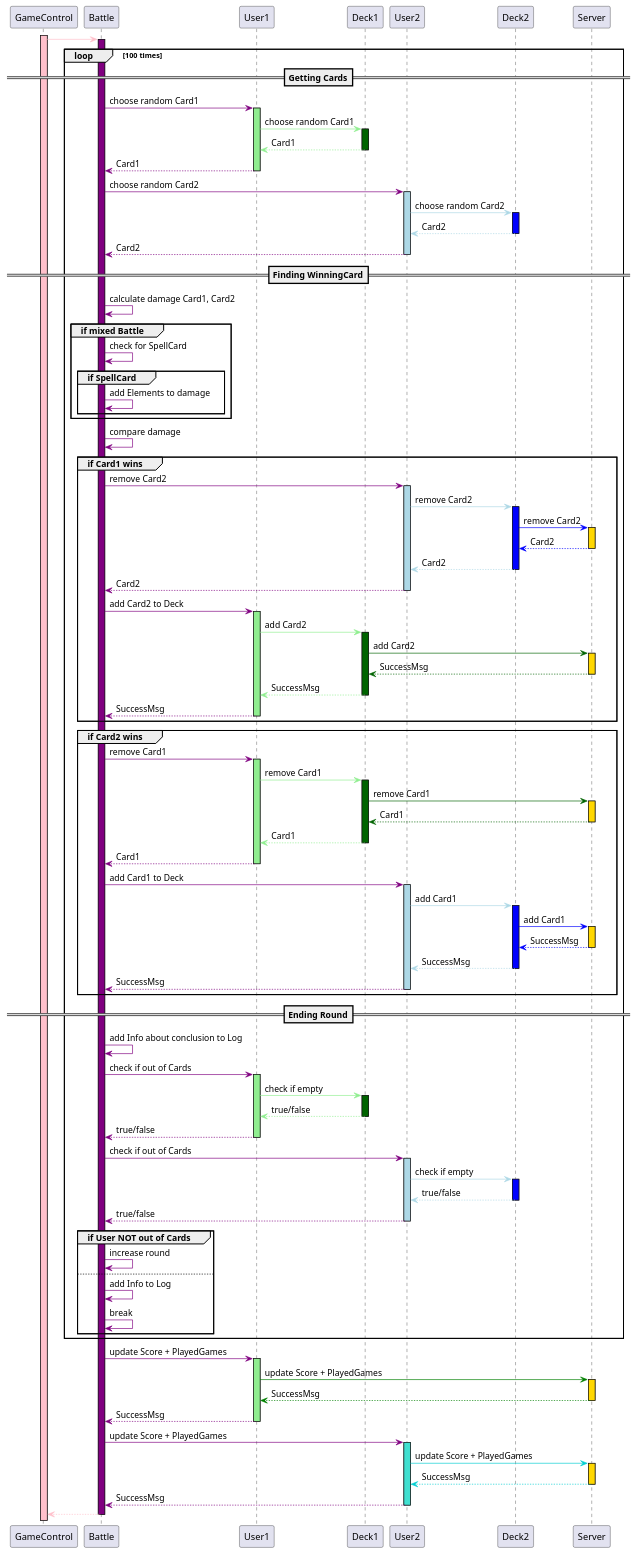
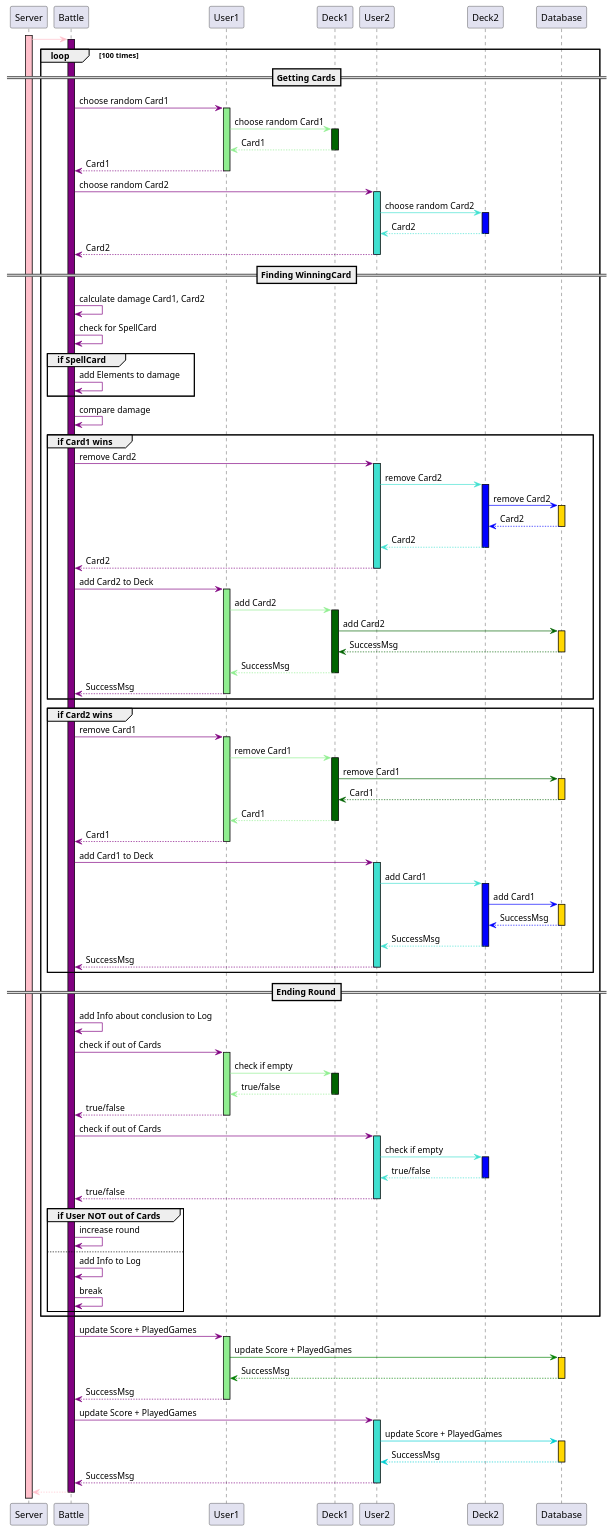
The diagram in Monster-Trading-Card-Game/Diagrams/sequencediagram-battle.puml (marlis-t/MonsterTradingCardGame), drawn with PlantUML before and after one commit. The commit also changed 12 other files, not shown here.

```diff
--- a/Monster-Trading-Card-Game/Diagrams/sequencediagram-battle.puml
+++ b/Monster-Trading-Card-Game/Diagrams/sequencediagram-battle.puml
@@ -1,113 +1,112 @@
 @startuml
 'https://plantuml.com/sequence-diagram
-Activate GameControl #pink
-GameControl-[#pink]>Battle
+Activate Server #pink
+Server-[#pink]>Battle
 Activate Battle #purple
 loop 100 times
 
     ==Getting Cards==
 
     Battle-[#purple]>User1: choose random Card1
     Activate User1 #lightgreen
     User1-[#lightgreen]>Deck1:choose random Card1
     Activate Deck1 #darkgreen
     return Card1
     return Card1
     Battle-[#purple]>User2: choose random Card2
-    Activate User2 #lightblue
-    User2-[#lightblue]>Deck2:choose random Card2
+    Activate User2 #turquoise
+    User2-[#turquoise]>Deck2:choose random Card2
     Activate Deck2 #blue
     return Card2
     return Card2
 
     ==Finding WinningCard==
 
     Battle-[#purple]>Battle:calculate damage Card1, Card2
-    group if mixed Battle
-        Battle-[#purple]>Battle:check for SpellCard
-        group if SpellCard
-            Battle-[#purple]>Battle: add Elements to damage
-        end
+    Battle-[#purple]>Battle:check for SpellCard
+    group if SpellCard
+        Battle-[#purple]>Battle: add Elements to damage
     end
+
     Battle-[#purple]>Battle: compare damage
     group if Card1 wins
         Battle-[#purple]>User2: remove Card2
-        Activate User2 #lightblue
-        User2-[#lightblue]>Deck2: remove Card2
+        Activate User2 #turquoise
+        User2-[#turquoise]>Deck2: remove Card2
         Activate Deck2 #blue
-        Deck2-[#blue]>Server: remove Card2
-        Activate Server #gold
+        Deck2-[#blue]>Database: remove Card2
+        Activate Database #gold
         return Card2
         return Card2
         return Card2
         Battle-[#purple]>User1: add Card2 to Deck
         Activate User1 #lightgreen
         User1-[#lightgreen]>Deck1: add Card2
         Activate Deck1 #darkgreen
-        Deck1-[#darkgreen]>Server: add Card2
-        Activate Server#gold
+        Deck1-[#darkgreen]>Database: add Card2
+        Activate Database#gold
         return SuccessMsg
         return SuccessMsg
         return SuccessMsg
     end
     group if Card2 wins
         Battle-[#purple]>User1: remove Card1
         Activate User1 #lightgreen
         User1-[#lightgreen]>Deck1: remove Card1
         Activate Deck1 #darkgreen
-        Deck1-[#darkgreen]>Server: remove Card1
-        Activate Server #gold
+        Deck1-[#darkgreen]>Database: remove Card1
+        Activate Database #gold
         return Card1
         return Card1
         return Card1
         Battle-[#purple]>User2: add Card1 to Deck
-        Activate User2 #lightblue
-        User2-[#lightblue]>Deck2: add Card1
+        Activate User2 #turquoise
+        User2-[#turquoise]>Deck2: add Card1
         Activate Deck2 #blue
-        Deck2-[#blue]>Server: add Card1
-        Activate Server #gold
+        Deck2-[#blue]>Database: add Card1
+        Activate Database #gold
         return SuccessMsg
         return SuccessMsg
         return SuccessMsg
     end
 
     ==Ending Round==
 
     Battle-[#purple]>Battle: add Info about conclusion to Log
     Battle-[#purple]>User1: check if out of Cards
     Activate User1 #lightgreen
     User1-[#lightgreen]>Deck1: check if empty
     Activate Deck1 #darkgreen
     return true/false
     return true/false
     Battle-[#purple]>User2: check if out of Cards
-    Activate User2 #lightblue
-    User2-[#lightblue]>Deck2: check if empty
+    Activate User2 #turquoise
+    User2-[#turquoise]>Deck2: check if empty
     Activate Deck2 #blue
     return true/false
     return true/false
 
     group if User NOT out of Cards
         Battle-[#purple]>Battle:increase round
         else
         Battle-[#purple]>Battle: add Info to Log
         Battle-[#purple]>Battle: break
     end
 end
 
 Battle-[#purple]>User1:update Score + PlayedGames
 Activate User1 #lightgreen
-User1-[#green]>Server: update Score + PlayedGames
-Activate Server #gold
+User1-[#green]>Database: update Score + PlayedGames
+Activate Database #gold
 return SuccessMsg
 return SuccessMsg
 
 Battle-[#purple]>User2:update Score + PlayedGames
 Activate User2 #turquoise
-User2-[#darkturquoise]>Server: update Score + PlayedGames
-Activate Server #gold
+User2-[#darkturquoise]>Database: update Score + PlayedGames
+Activate Database #gold
 return SuccessMsg
 return SuccessMsg
 
 return
 @enduml
```
